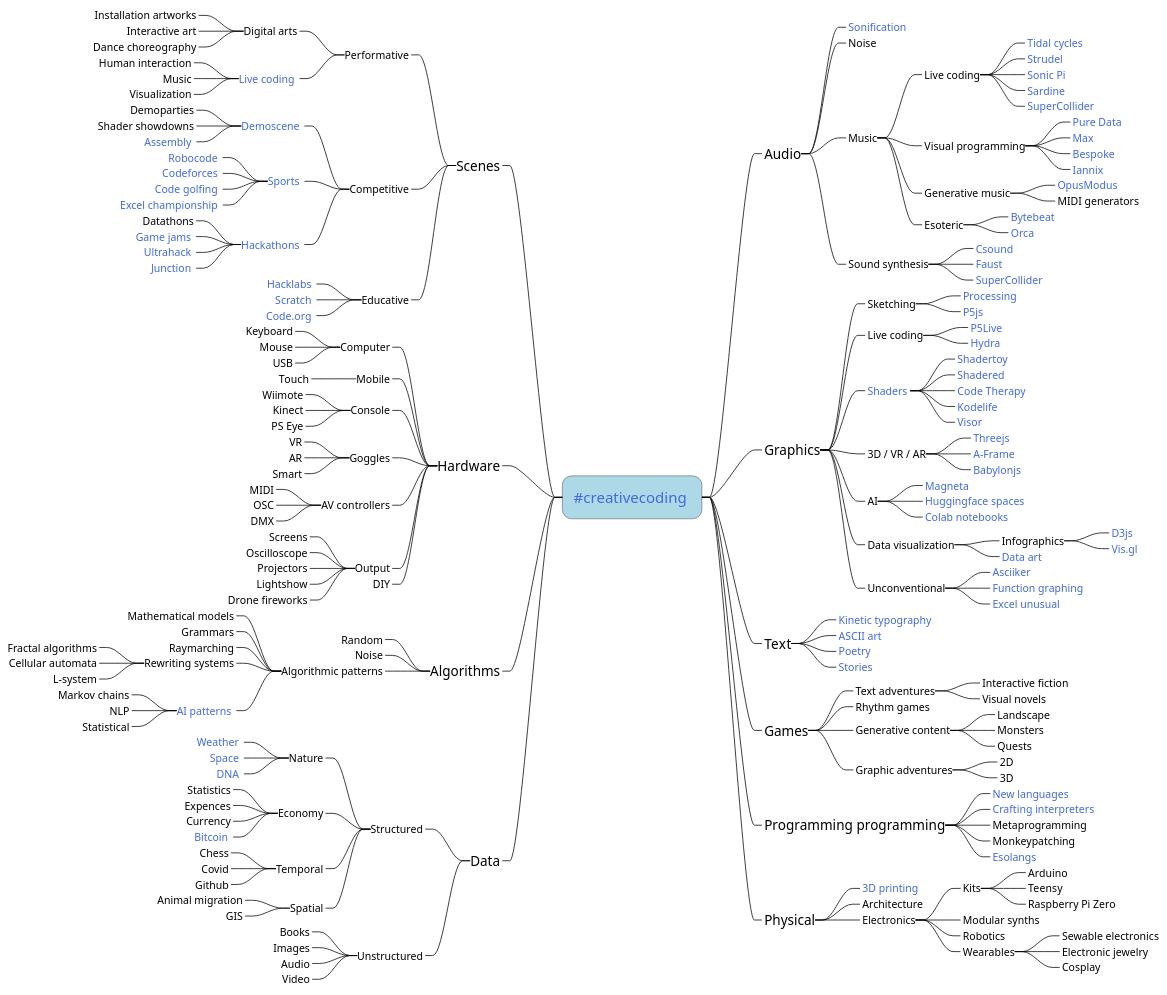
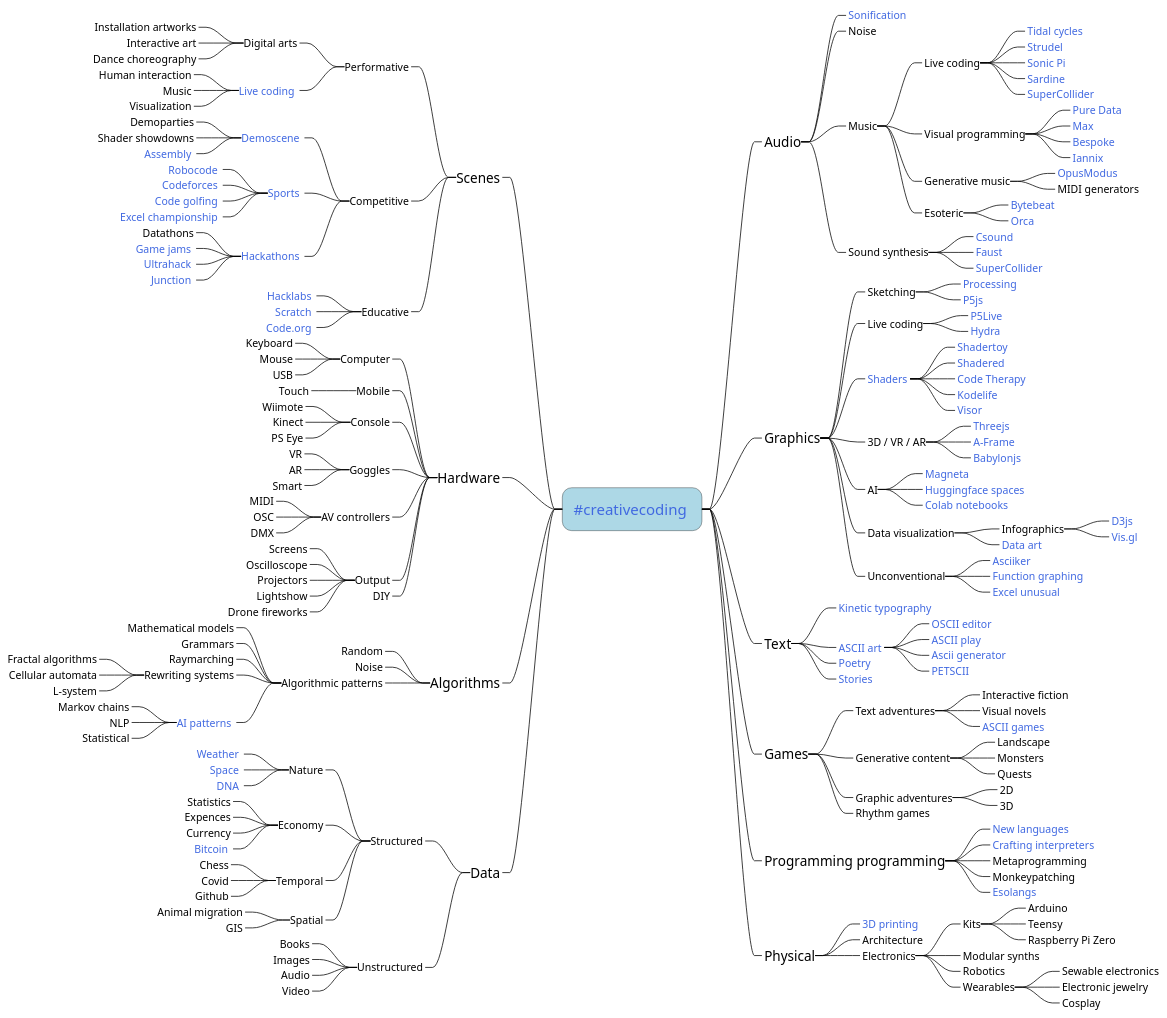
The diagram in mindmap.plantuml (amiika/creativecodingmindmap), drawn with PlantUML before and after one commit. The commit also changed 2 other files, not shown here.

Commit message:
Added ascii examples

```diff
--- a/mindmap.plantuml
+++ b/mindmap.plantuml
@@ -104,7 +104,11 @@
 
 **_ Text
 ***_ [[https://timrodenbroeker.de/processing-tutorial-kinetic-typography-1 Kinetic typography]] <<link>>
-***_ [[https://play.ertdfgcvb.xyz/ ASCII art]] <<link>>
+***_ [[https://github.com/khrome/ascii-art-docs/blob/master/History.md ASCII art]] <<link>>
+****_ [[https://adelfaure.net OSCII editor]] <<link>>
+****_ [[https://play.ertdfgcvb.xyz/ ASCII play]] <<link>>
+****_ [[https://github.com/JuliaPoo/AsciiArtist Ascii generator]] <<link>>
+****_ [[https://github.com/nurpax/petmate PETSCII]] <<link>>
 ***_ [[https://github.com/coreybobco/generativepoetry-py Poetry]] <<link>>
 ***_ [[https://nanogenmo.github.io/ Stories]] <<link>>
 
@@ -112,7 +116,8 @@
 ***_ Text adventures
 ****_ Interactive fiction
 ****_ Visual novels
-***_ Rhythm games
+****_ [[https://adelfaure.net/ ASCII games]] <<link>>
+
 ***_ Generative content
 ****_ Landscape
 ****_ Monsters
@@ -120,6 +125,7 @@
 ***_ Graphic adventures
 ****_ 2D
 ****_ 3D
+***_ Rhythm games
 
 **_ Programming programming
 ***_ [[https://eloquentjavascript.net/12_language.html New languages]] <<link>>
```
